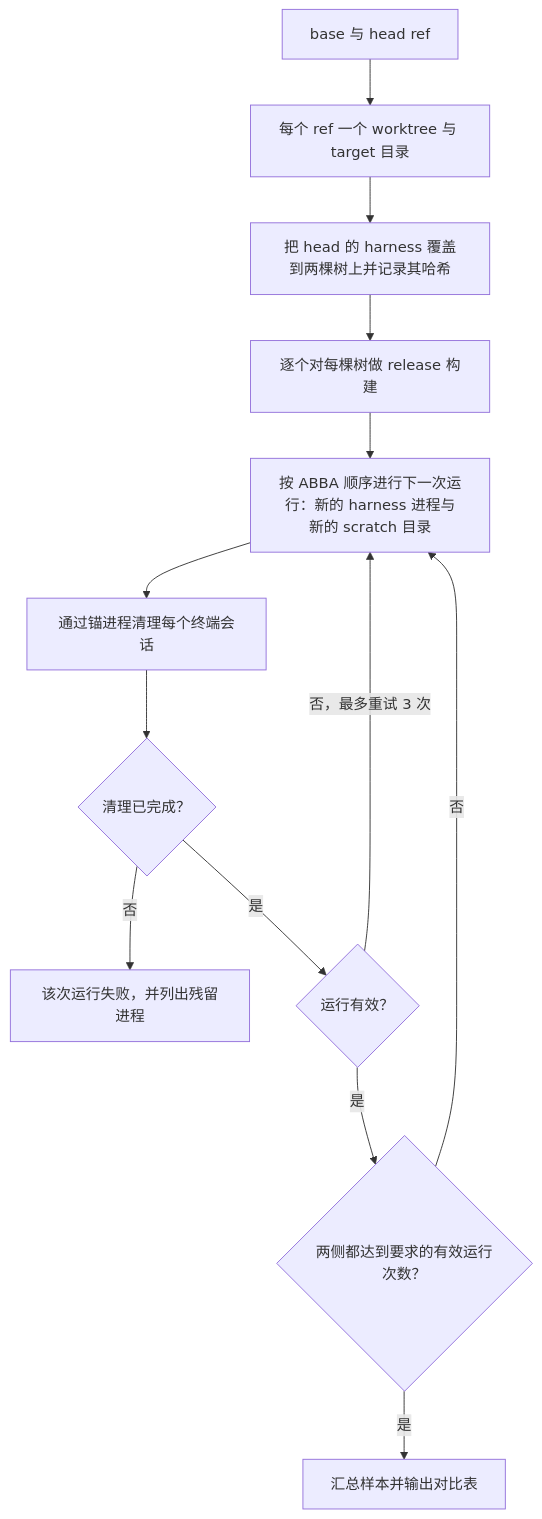
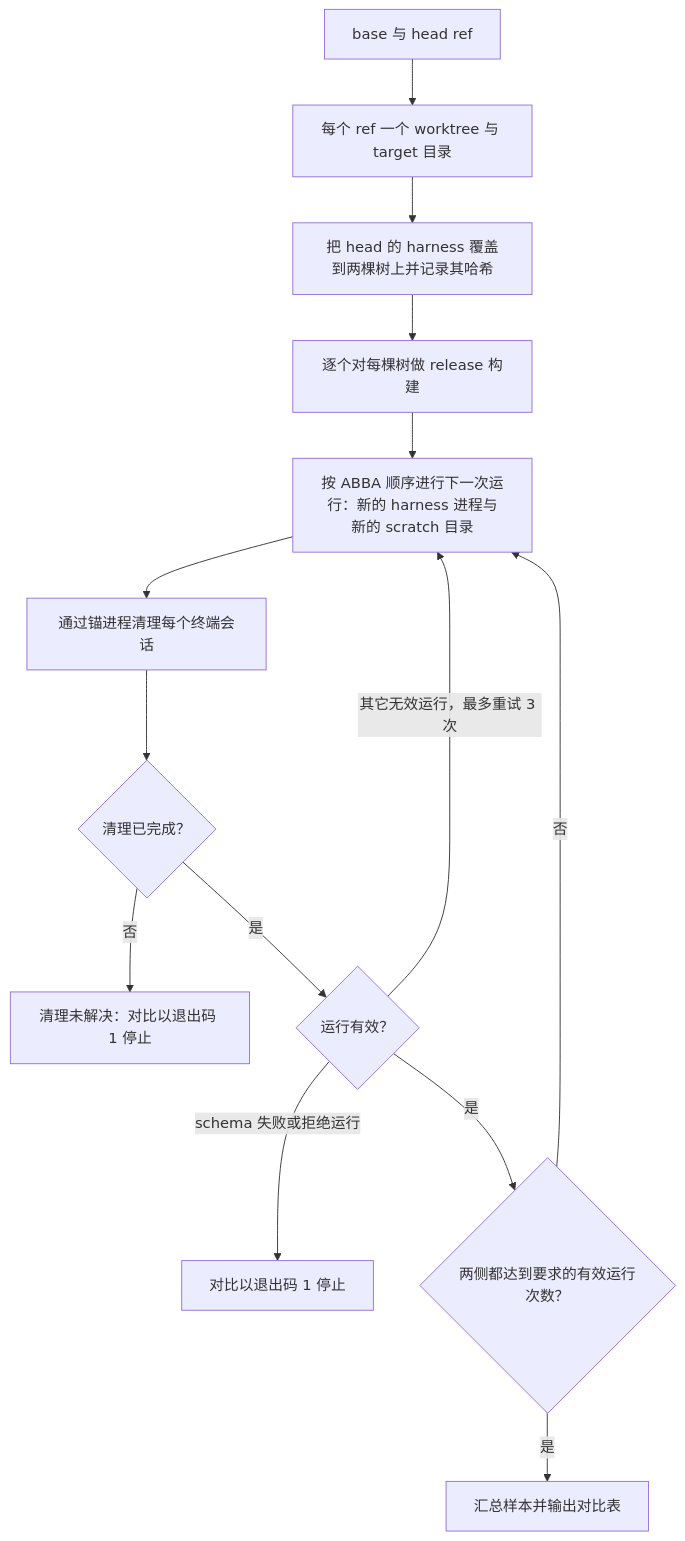
The diagram in wiki/Development-and-Release-zh-CN.md (D0n9X1n/SonicTerm), drawn with Mermaid before and after one commit. The commit also changed other lines of this file and 16 other files, not shown here.

````diff
--- a/wiki/Development-and-Release-zh-CN.md
+++ b/wiki/Development-and-Release-zh-CN.md
@@ -118,15 +125,16 @@
 ```mermaid
 flowchart TD
     refs["base 与 head ref"] --> trees["每个 ref 一个 worktree 与 target 目录"]
     trees --> overlay["把 head 的 harness 覆盖到两棵树上并记录其哈希"]
     overlay --> build["逐个对每棵树做 release 构建"]
     build --> run["按 ABBA 顺序进行下一次运行：新的 harness 进程与新的 scratch 目录"]
     run --> cleanup["通过锚进程清理每个终端会话"]
     cleanup --> settled{"清理已完成？"}
-    settled -- 否 --> failed["该次运行失败，并列出残留进程"]
+    settled -- 否 --> failed["清理未解决：对比以退出码 1 停止"]
     settled -- 是 --> valid{"运行有效？"}
-    valid -- 否，最多重试 3 次 --> run
+    valid -- schema 失败或拒绝运行 --> stopped["对比以退出码 1 停止"]
+    valid -- 其它无效运行，最多重试 3 次 --> run
     valid -- 是 --> enough{"两侧都达到要求的有效运行次数？"}
     enough -- 否 --> run
     enough -- 是 --> table["汇总样本并输出对比表"]
 ```
````
